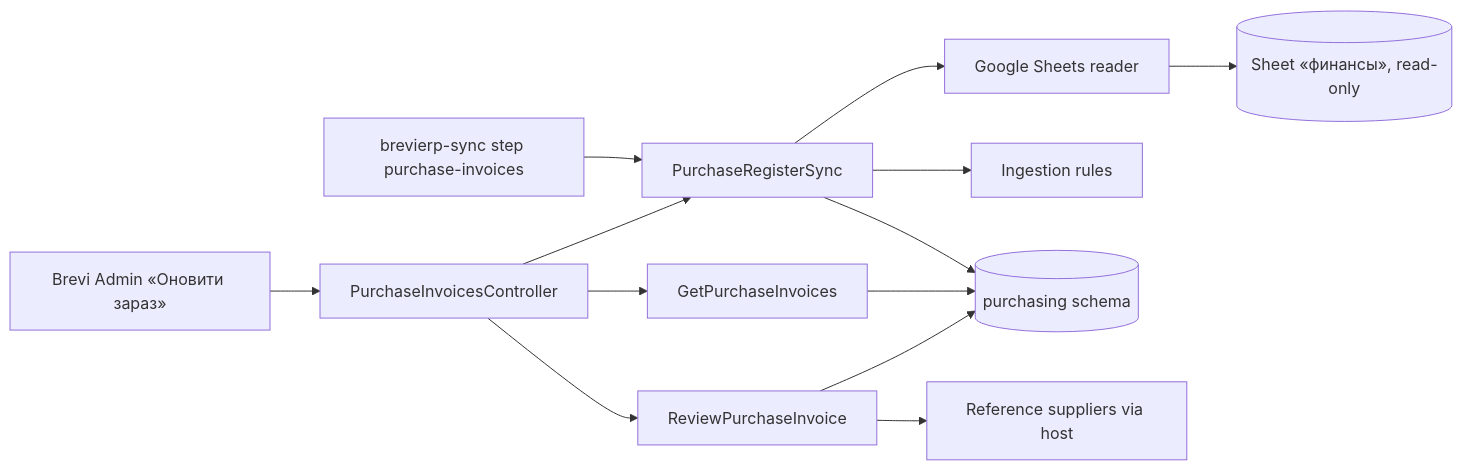
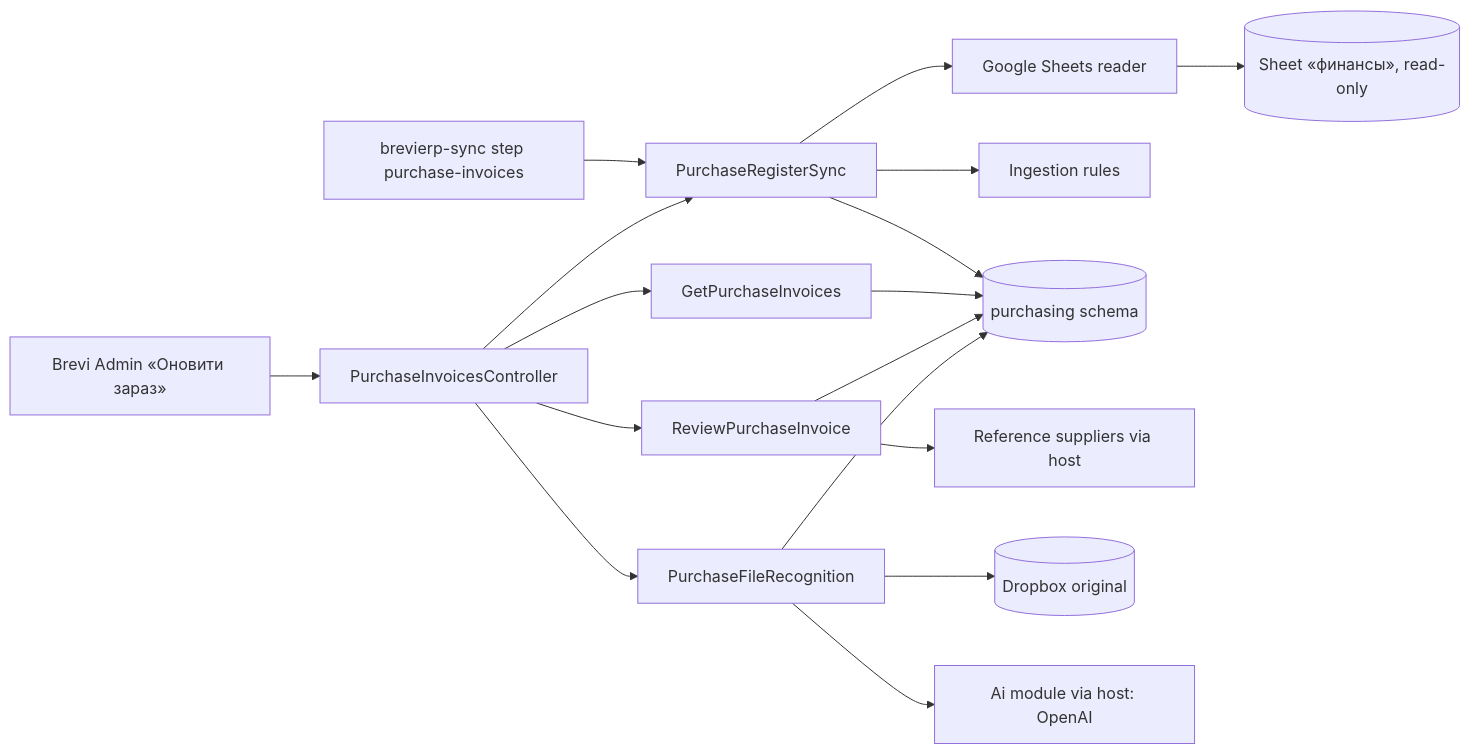
One commit to Weretik/BreviERP changed the diagram in docs/sdd/features/purchasing/purchase-invoices.md. Above: the diagram before and after it, drawn with Mermaid. The commit also changed other lines of this file and 111 other files, not shown here.

````diff
--- a/docs/sdd/features/purchasing/purchase-invoices.md
+++ b/docs/sdd/features/purchasing/purchase-invoices.md
@@ -36,15 +44,19 @@
 ```mermaid
 flowchart LR
   Admin[Brevi Admin «Оновити зараз»] --> Controller[PurchaseInvoicesController]
   Job[brevierp-sync step purchase-invoices] --> Sync
   Controller --> Sync[PurchaseRegisterSync]
   Controller --> Query[GetPurchaseInvoices]
   Sync --> Reader[Google Sheets reader]
   Reader --> Sheet[(Sheet «финансы», read-only)]
   Sync --> Rules[Ingestion rules]
   Sync --> Db[(purchasing schema)]
   Query --> Db
   Controller --> Review[ReviewPurchaseInvoice]
   Review --> Suppliers[Reference suppliers via host]
   Review --> Db
+  Controller --> Recognize[PurchaseFileRecognition]
+  Recognize --> Dropbox[(Dropbox original)]
+  Recognize --> Ai[Ai module via host: OpenAI]
+  Recognize --> Db
 ```
````
